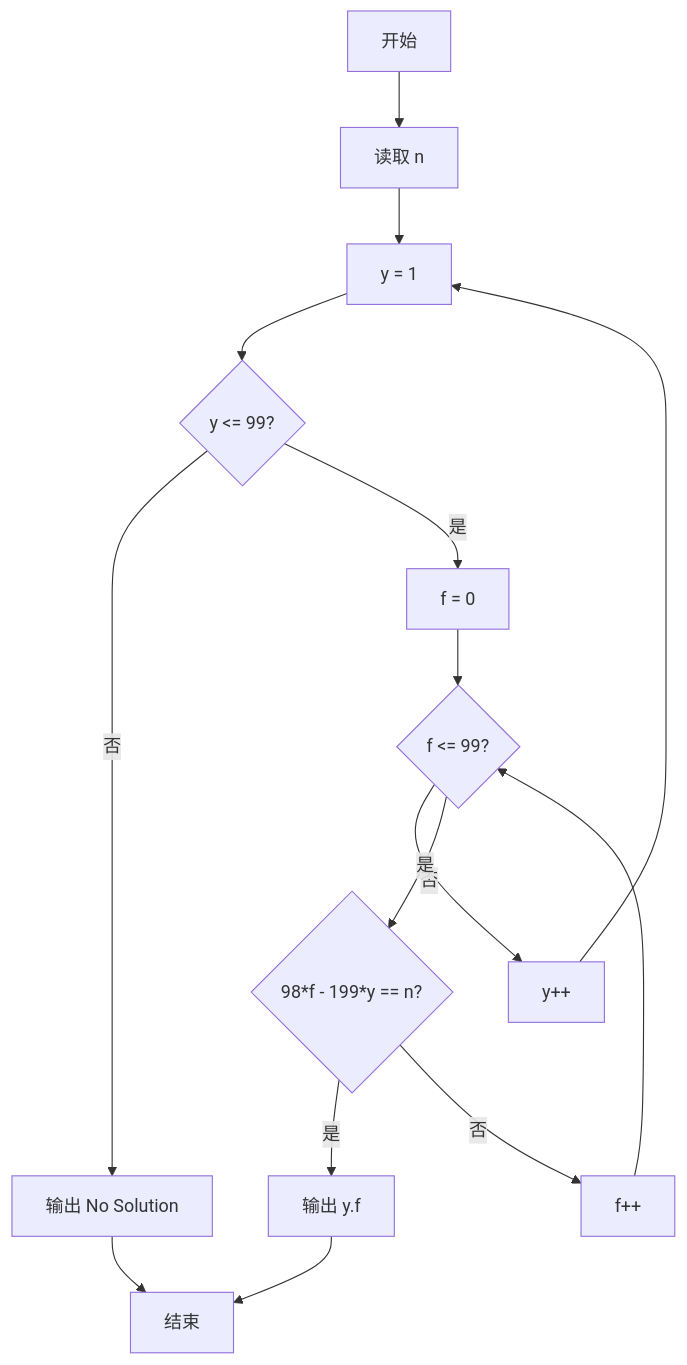
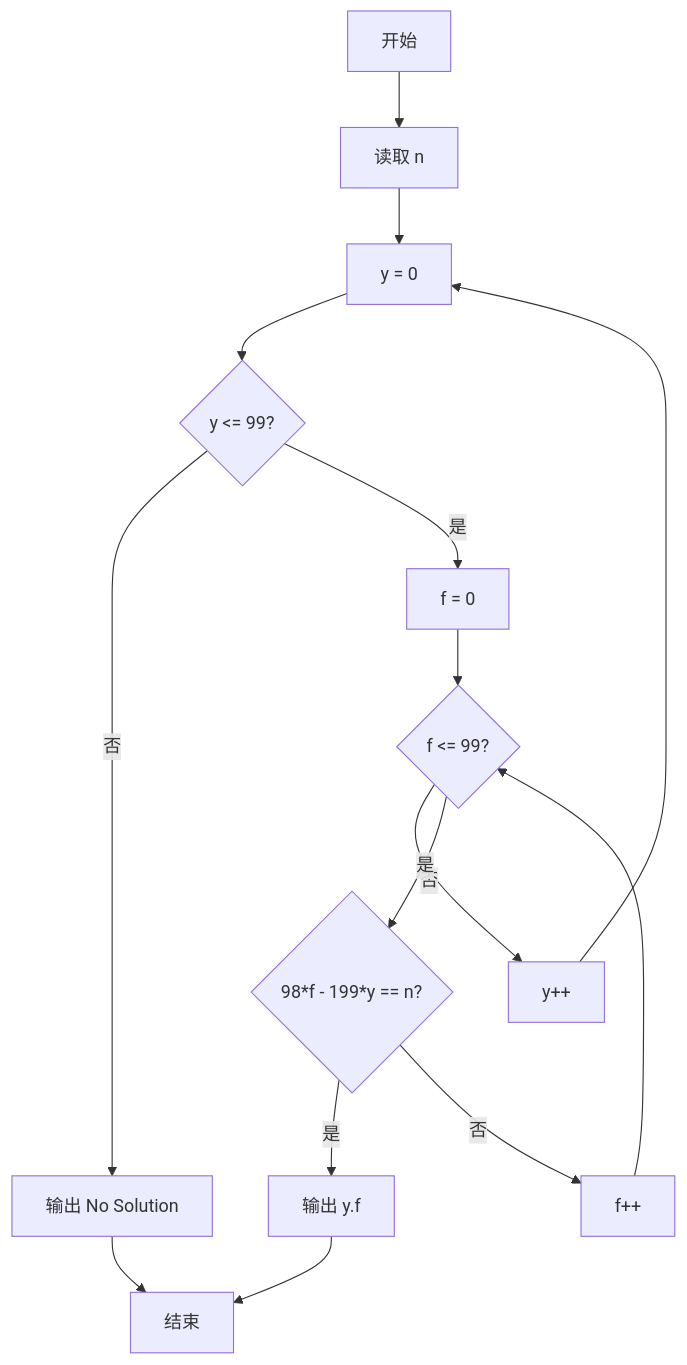
One commit to pta-program/pta_basic_program_article_by_go changed the first of 2 diagrams in 编程题/PTA基础编程题目集 7-19支票面额（Go语言实现）.md. Above: the diagram before and after it, drawn with Mermaid. The commit also changed other lines of this file and 46 other files, not shown here.

````diff
--- a/编程题/PTA基础编程题目集 7-19支票面额（Go语言实现）.md
+++ b/编程题/PTA基础编程题目集 7-19支票面额（Go语言实现）.md
@@ -104,17 +107,17 @@
 ```mermaid
 flowchart TD
     A[开始] --> B[读取 n]
-    B --> C[y = 1]
+    B --> C[y = 0]
     C --> D{"y <= 99?"}
     D -- 否 --> E[输出 No Solution]
     D -- 是 --> F[f = 0]
     F --> G{"f <= 99?"}
     G -- 否 --> H[y++]
     H --> C
     G -- 是 --> I{"98*f - 199*y == n?"}
     I -- 是 --> J[输出 y.f]
     I -- 否 --> K[f++]
     K --> G
     J --> L[结束]
     E --> L
 ```
````
